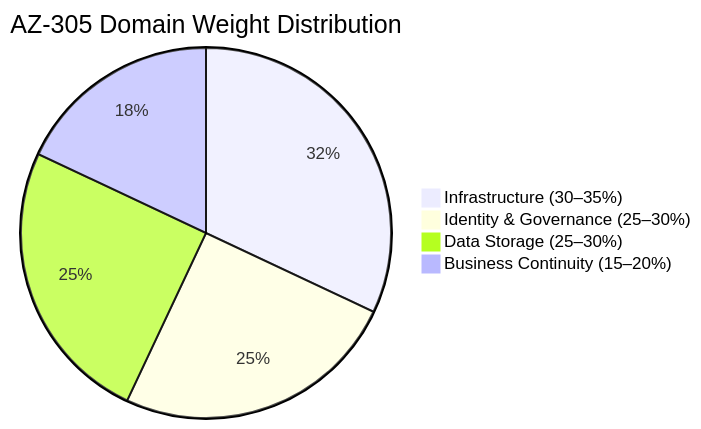
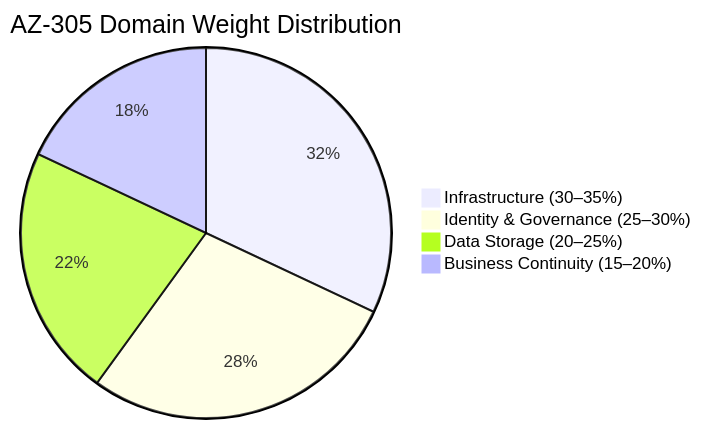
The first of 3 diagrams in 06-quick-reference-cheatsheet.md (marcogrimaldi29/az-305-study-notes), drawn with Mermaid before and after one commit. The commit also changed other lines of this file and 4 other files, not shown here.

````diff
--- a/06-quick-reference-cheatsheet.md
+++ b/06-quick-reference-cheatsheet.md
@@ -27,7 +27,7 @@
 ```mermaid
 pie title AZ-305 Domain Weight Distribution
     " Infrastructure (30–35%)" : 32
-    " Identity & Governance (25–30%)" : 25
-    " Data Storage (25–30%)" : 25
+    " Identity & Governance (25–30%)" : 28
+    " Data Storage (20–25%)" : 22
     " Business Continuity (15–20%)" : 18
 ```
````
